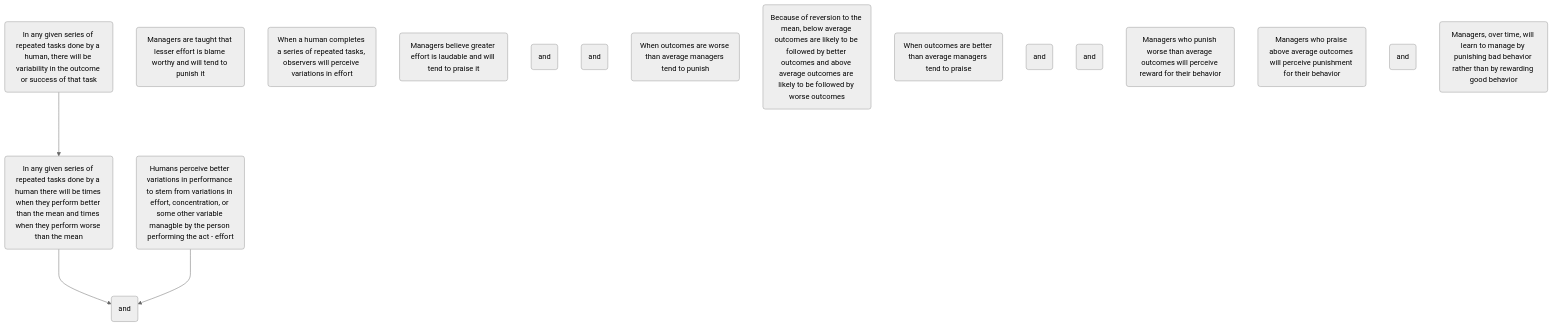
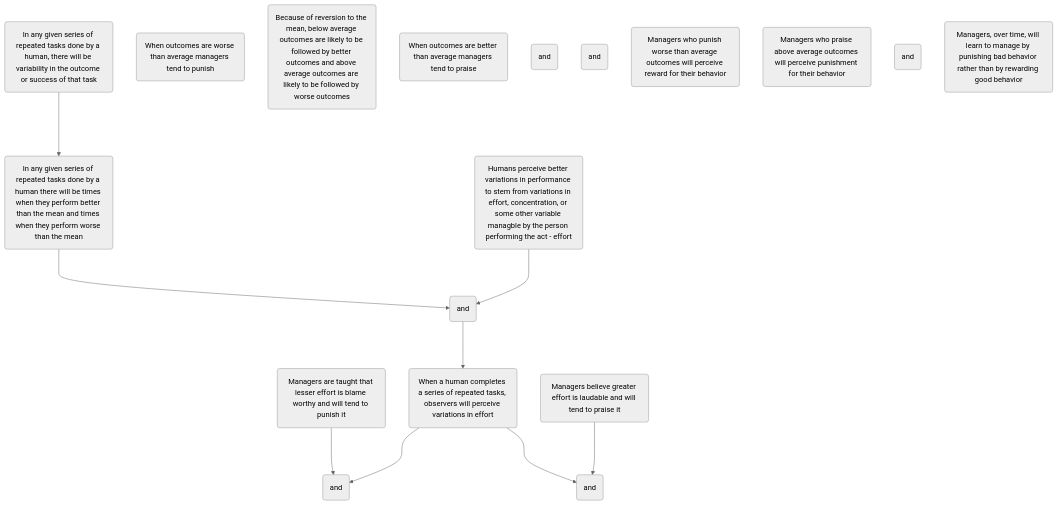
The diagram in Why_Managers_Learn_To_Manage_Negatively.md (hwetsman/TOC_Trees), drawn with Mermaid (neutral theme) before and after one commit.

Commit message:
Refactor: connect to second layer of ands

`````diff
--- a/Why_Managers_Learn_To_Manage_Negatively.md
+++ b/Why_Managers_Learn_To_Manage_Negatively.md
@@ -1,26 +1,31 @@
 ```mermaid
 flowchart TB
 
 human_variability(In any given series of repeated tasks done by a human, there will be variability in the outcome or success of that task)
 above_and_below(In any given series of repeated tasks done by a human there will be times when they perform better than the mean and times when they perform worse than the mean)
   human_variability--->above_and_below
 human_perception(Humans perceive better variations in performance to stem from variations in effort, concentration, or some other variable managble by the person performing the act - effort)
   and1(and)
   above_and_below--->and1
   human_perception--->and1
   lesser_effort(Managers are taught that lesser effort is blame worthy and will tend to punish it)
   observer_perception(When a human completes a series of repeated tasks, observers will perceive variations in effort)
+    and1--->observer_perception
   managers_belief(Managers believe greater effort is laudable and will tend to praise it)
     and2(and)
     and3(and)
+    observer_perception--->and2
+    observer_perception--->and3
+      lesser_effort--->and2
+      managers_belief--->and3
     worse_outcomes(When outcomes are worse than average managers tend to punish)
     reversion(Because of reversion to the mean, below average outcomes are likely to be followed by better outcomes and above average outcomes are likely to be followed by worse outcomes)
     better_outcomes(When outcomes are better than average managers tend to praise)
       and4(and)
       and5(and)
       managers_punish(Managers who punish worse than average outcomes will perceive reward for their behavior)
       managers_praise(Managers who praise above average outcomes will perceive punishment for their behavior)
         and6(and)
         managers_over_time(Managers, over time, will learn to manage by punishing bad behavior rather than by rewarding good behavior)
 
 ````
`````
